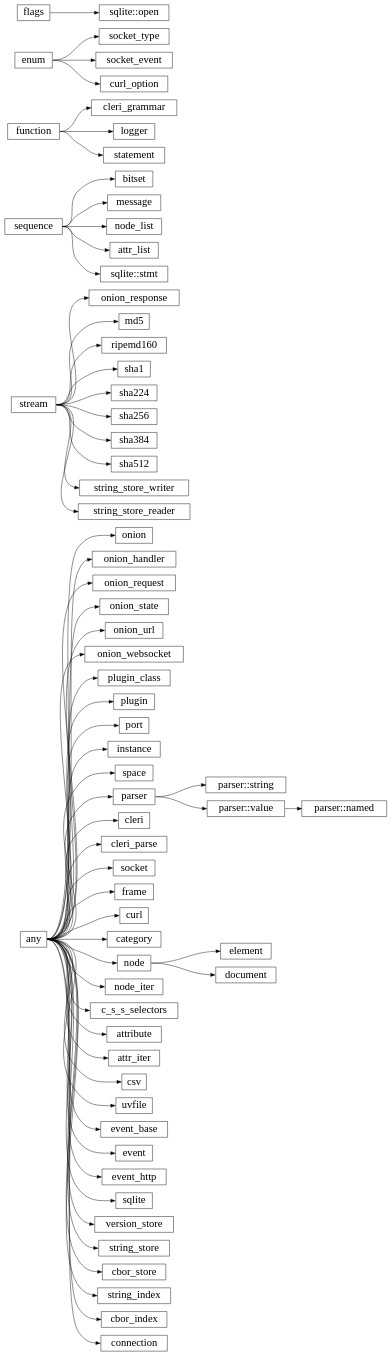
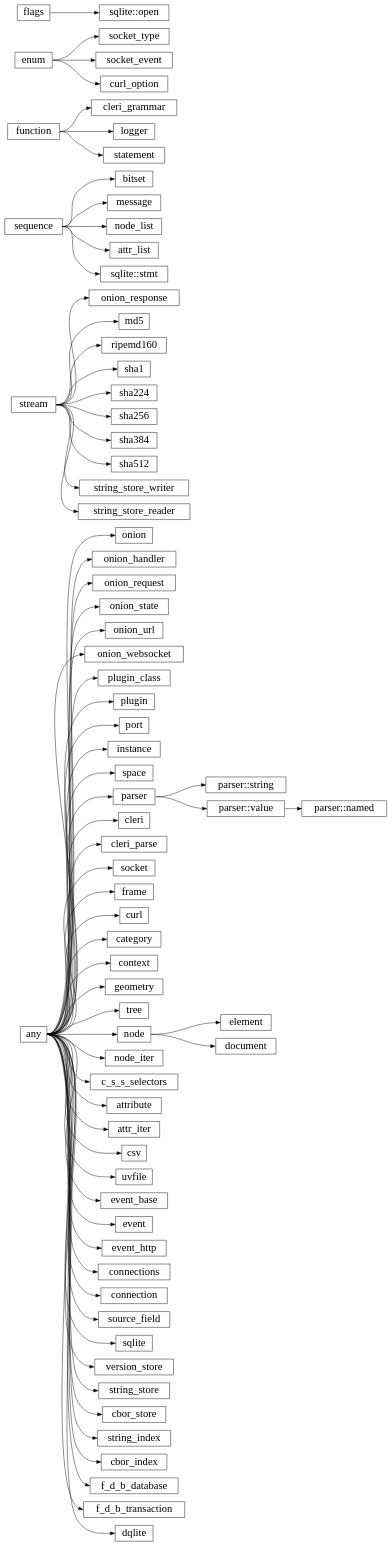
Before and after one commit to wrapl/minilang-libs: the diagram in docs/library/hierarchy.rst, drawn with Graphviz. The commit also changed 5 other files, not shown here.

```diff
--- a/docs/library/hierarchy.rst
+++ b/docs/library/hierarchy.rst
@@ -41,6 +41,9 @@
       "enum":e -> "curl_option":w;
       "function":e -> "logger":w;
       "any":e -> "category":w;
+      "any":e -> "context":w;
+      "any":e -> "geometry":w;
+      "any":e -> "tree":w;
       "any":e -> "node":w;
       "sequence":e -> "node_list":w;
       "any":e -> "node_iter":w;
@@ -55,6 +58,9 @@
       "any":e -> "event_base":w;
       "any":e -> "event":w;
       "any":e -> "event_http":w;
+      "any":e -> "connections":w;
+      "any":e -> "connection":w;
+      "any":e -> "source_field":w;
       "stream":e -> "md5":w;
       "stream":e -> "ripemd160":w;
       "stream":e -> "sha1":w;
@@ -74,4 +80,7 @@
       "any":e -> "cbor_index":w;
       "any":e -> "connection":w;
       "function":e -> "statement":w;
+      "any":e -> "f_d_b_database":w;
+      "any":e -> "f_d_b_transaction":w;
+      "any":e -> "dqlite":w;
    }
```
